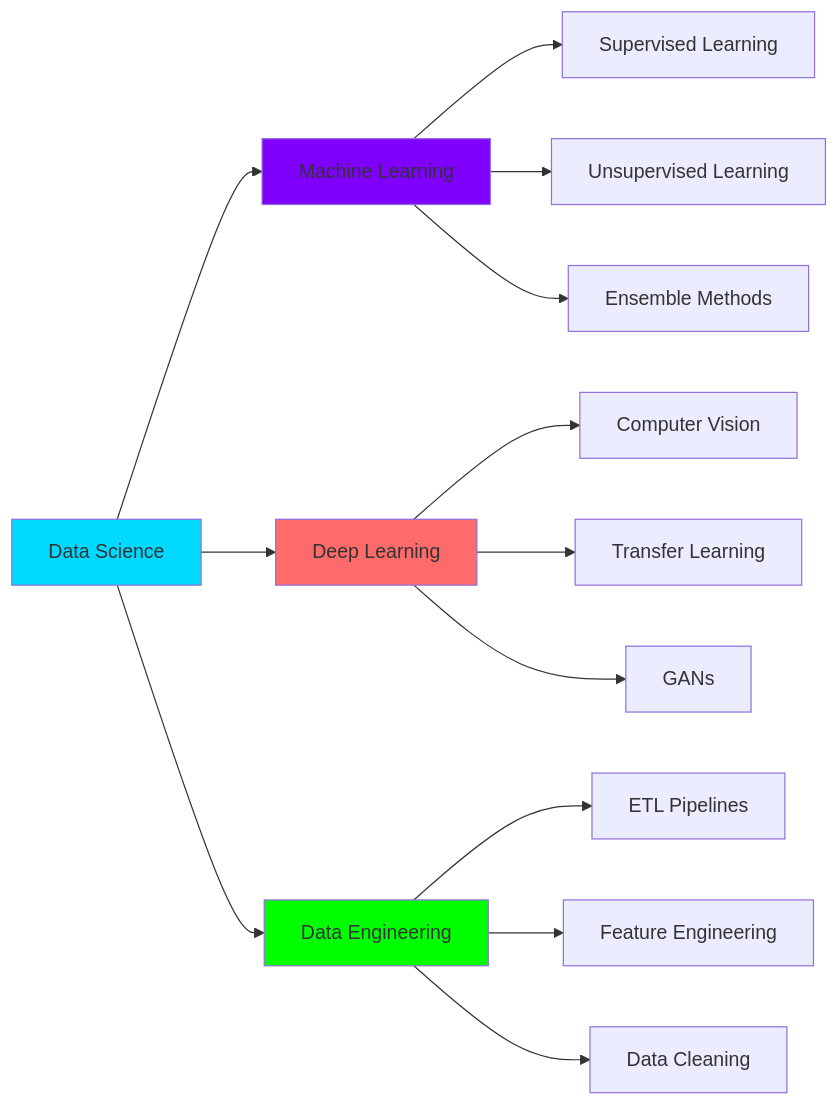
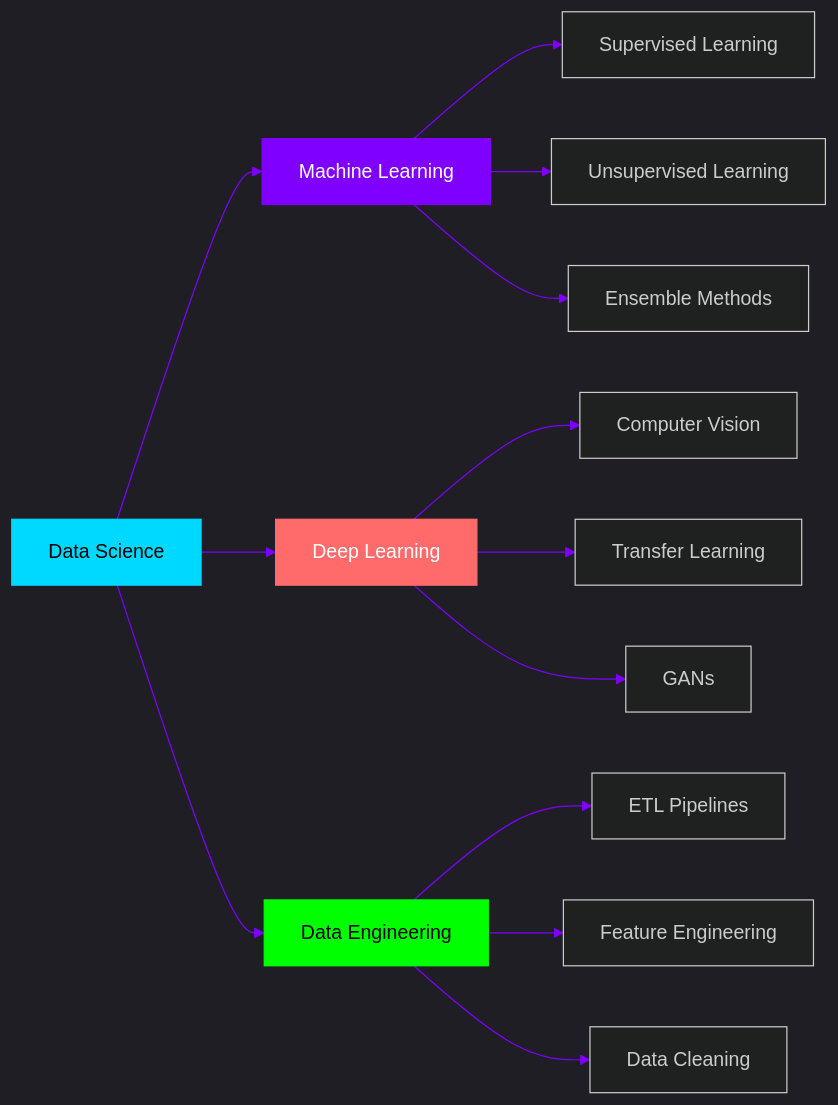
One commit to Data-pageup/Data-pageup changed the diagram in README.md. Above: the diagram before and after it, drawn with Mermaid. The commit also changed other lines of this file, not shown here.

````diff
--- a/README.md
+++ b/README.md
@@ -269,23 +265,24 @@
 ```mermaid
+%%{init: {'theme':'dark','themeVariables': {'darkMode':'true','background':'#0d1117','primaryColor':'#00D9FF','primaryTextColor':'#fff','primaryBorderColor':'#00D9FF','lineColor':'#7F00FF','secondaryColor':'#FF6B6B','tertiaryColor':'#00FF00'}}}%%
 graph LR
     A[Data Science] --> B[Machine Learning]
     A --> C[Deep Learning]
     A --> D[Data Engineering]
     
     B --> E[Supervised Learning]
     B --> F[Unsupervised Learning]
     B --> G[Ensemble Methods]
     
     C --> H[Computer Vision]
     C --> I[Transfer Learning]
     C --> J[GANs]
     
     D --> K[ETL Pipelines]
     D --> L[Feature Engineering]
     D --> M[Data Cleaning]
     
-    style A fill:#00D9FF
-    style B fill:#7F00FF
-    style C fill:#FF6B6B
-    style D fill:#00FF00
+    style A fill:#00D9FF,stroke:#00D9FF,color:#000
+    style B fill:#7F00FF,stroke:#7F00FF,color:#fff
+    style C fill:#FF6B6B,stroke:#FF6B6B,color:#fff
+    style D fill:#00FF00,stroke:#00FF00,color:#000
 ```
````
